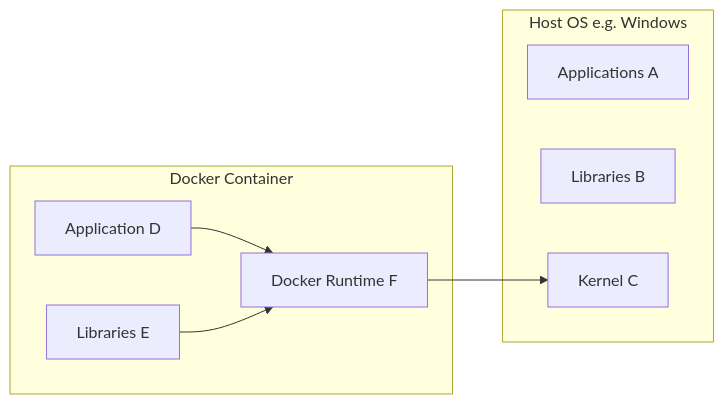
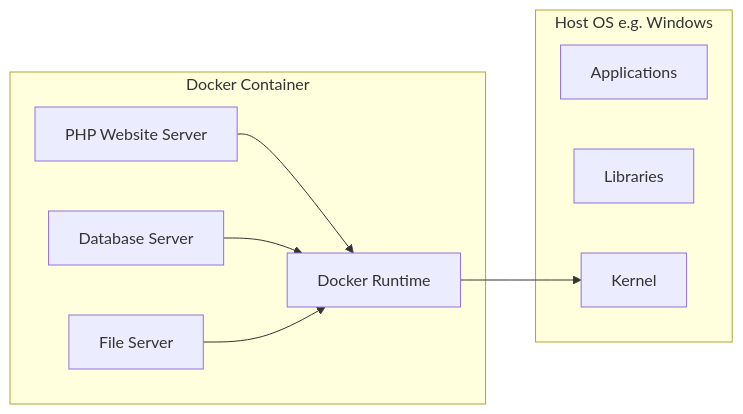
Before and after one commit to Lake-Tuggeranong-College/Holocron: the sixth of 6 diagrams in E Course/WebDev/_projects/Project 1/_slides/Project 1 - Theory.md, drawn with Mermaid. The commit also changed other lines of this file and 6 other files, not shown here.

````diff
--- a/E Course/WebDev/_projects/Project 1/_slides/Project 1 - Theory.md
+++ b/E Course/WebDev/_projects/Project 1/_slides/Project 1 - Theory.md
@@ -313,16 +323,18 @@
 ```mermaid
 graph LR
 subgraph Host OS e.g. Windows
-    A[Applications A]
-    B[Libraries B]
-    C[Kernel C]
+    A[Applications]
+    B[Libraries]
+    C[Kernel]
 end
 subgraph Docker Container
-    D[Application D]
-    E[Libraries E]
-    F[Docker Runtime F]
+    D[PHP Website Server]
+    E[Database Server]
+    F[File Server]
+    G[Docker Runtime]
 end
-F --> C
-D --> F
-E --> F
+G --> C
+D --> G
+E --> G
+F --> G
 ```
````
